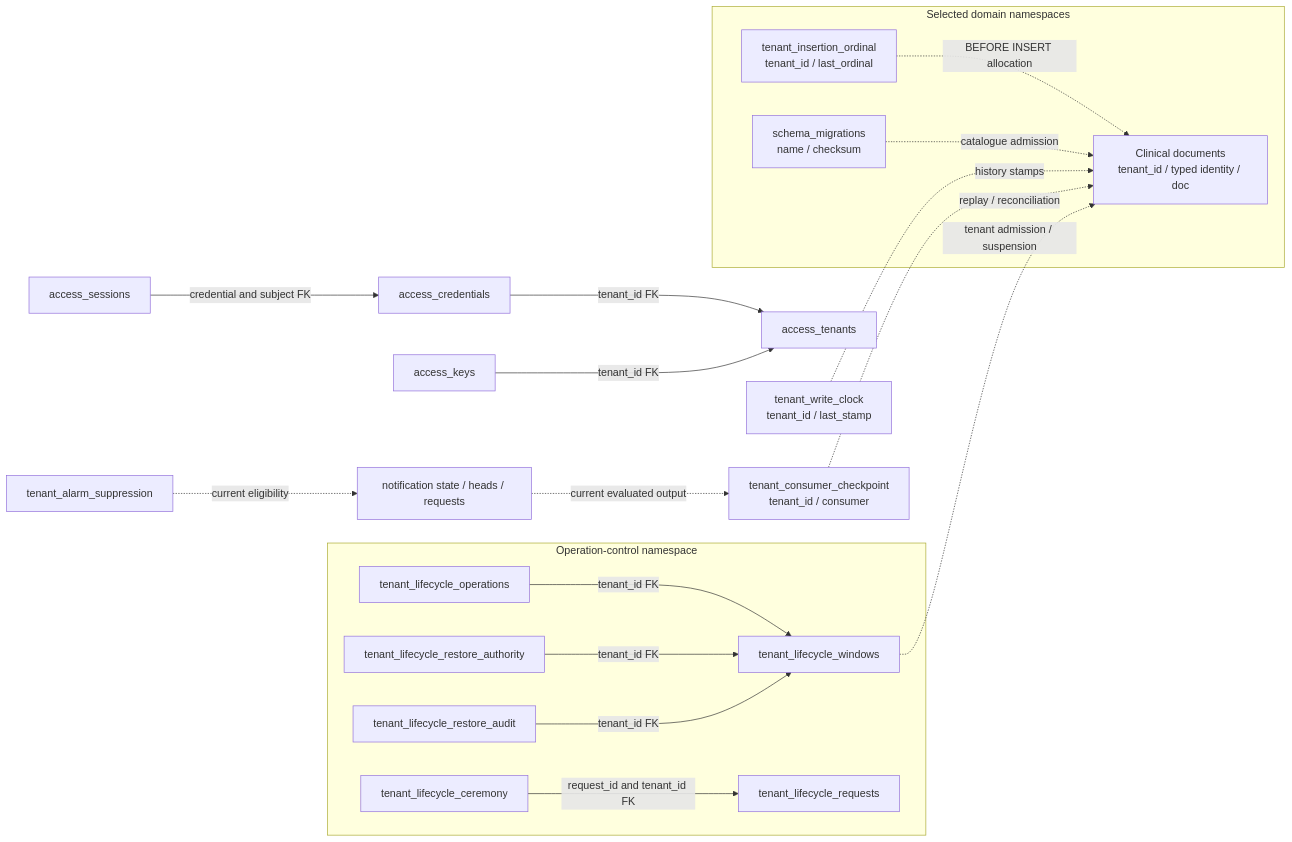
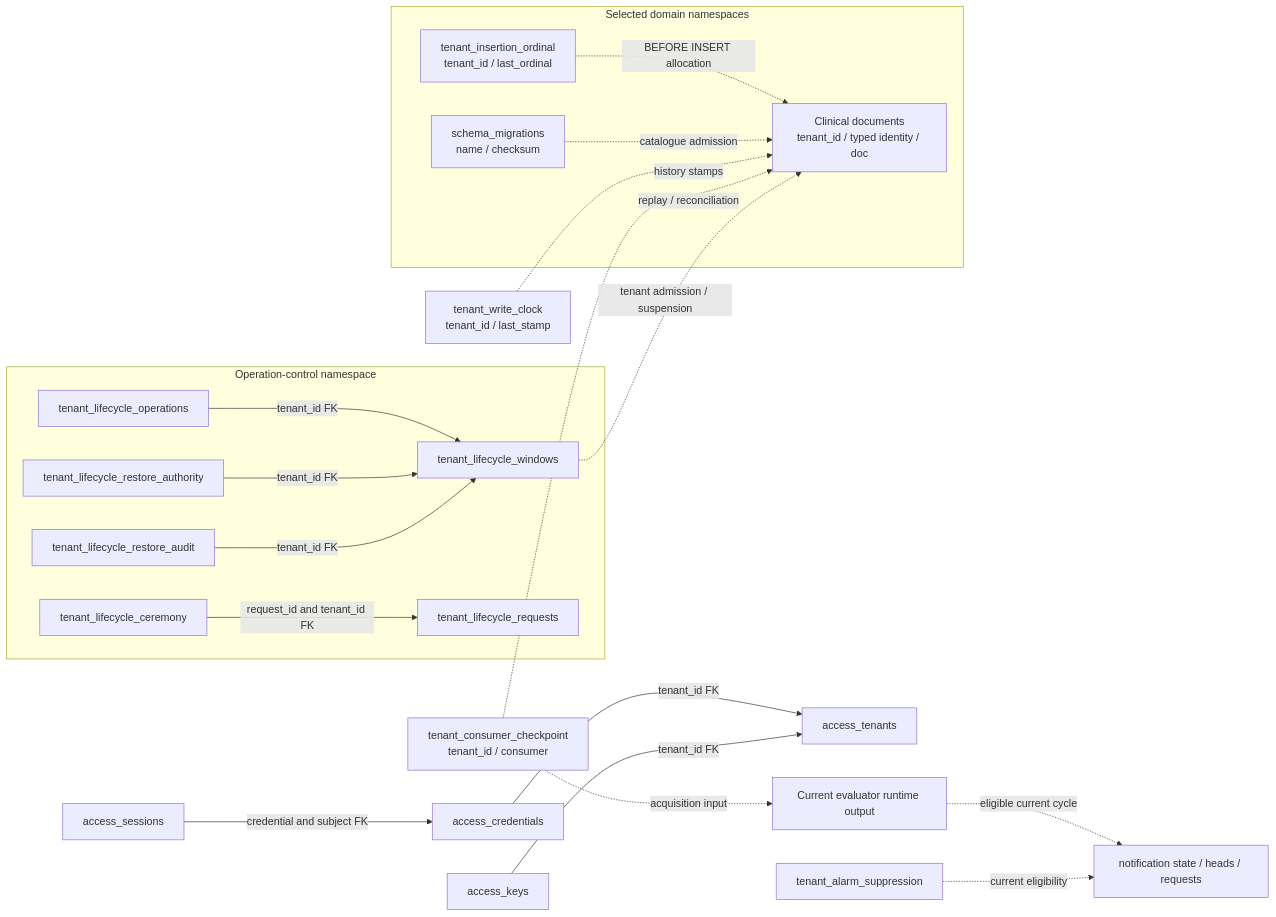
The first of 3 diagrams in docs/30-design/tenancy/sql-and-migration-architecture.md (bewest/rag-nightscout-ecosystem-alignment), drawn with Mermaid before and after one commit. The commit also changed other lines of this file, not shown here.

Commit message:
Clarify restore activation uncertainty and evaluated output

````diff
--- a/docs/30-design/tenancy/sql-and-migration-architecture.md
+++ b/docs/30-design/tenancy/sql-and-migration-architecture.md
@@ -66,28 +66,29 @@
 ```mermaid
 flowchart LR
   subgraph domains[Selected domain namespaces]
     doc["Clinical documents<br/>tenant_id / typed identity / doc"]
     ordinal["tenant_insertion_ordinal<br/>tenant_id / last_ordinal"]
     ledger["schema_migrations<br/>name / checksum"]
     ordinal -. "BEFORE INSERT allocation" .-> doc
     ledger -. "catalogue admission" .-> doc
   end
   clock["tenant_write_clock<br/>tenant_id / last_stamp"] -. "history stamps" .-> doc
   checkpoint["tenant_consumer_checkpoint<br/>tenant_id / consumer"] -. "replay / reconciliation" .-> doc
-  producer["notification state / heads / requests"] -. "current evaluated output" .-> checkpoint
+  checkpoint -. "acquisition input" .-> evaluated["Current evaluator runtime output"]
+  evaluated -. "eligible current cycle" .-> producer["notification state / heads / requests"]
   suppression["tenant_alarm_suppression"] -. "current eligibility" .-> producer
   subgraph control[Operation-control namespace]
     window[tenant_lifecycle_windows]
     operation[tenant_lifecycle_operations]
     authority[tenant_lifecycle_restore_authority]
     audit[tenant_lifecycle_restore_audit]
     operation -->|tenant_id FK| window
     authority -->|tenant_id FK| window
     audit -->|tenant_id FK| window
     ceremony[tenant_lifecycle_ceremony] -->|request_id and tenant_id FK| request[tenant_lifecycle_requests]
   end
   window -. "tenant admission / suspension" .-> doc
   access[access_sessions] -->|credential and subject FK| credential[access_credentials]
   credential -->|tenant_id FK| tenant[access_tenants]
   keys[access_keys] -->|tenant_id FK| tenant
 ```
````
